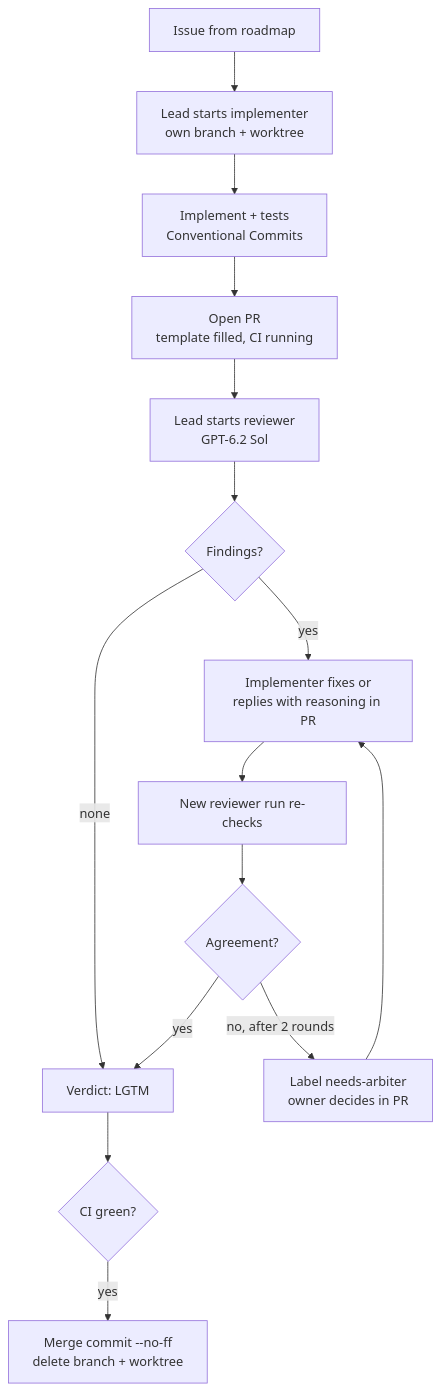
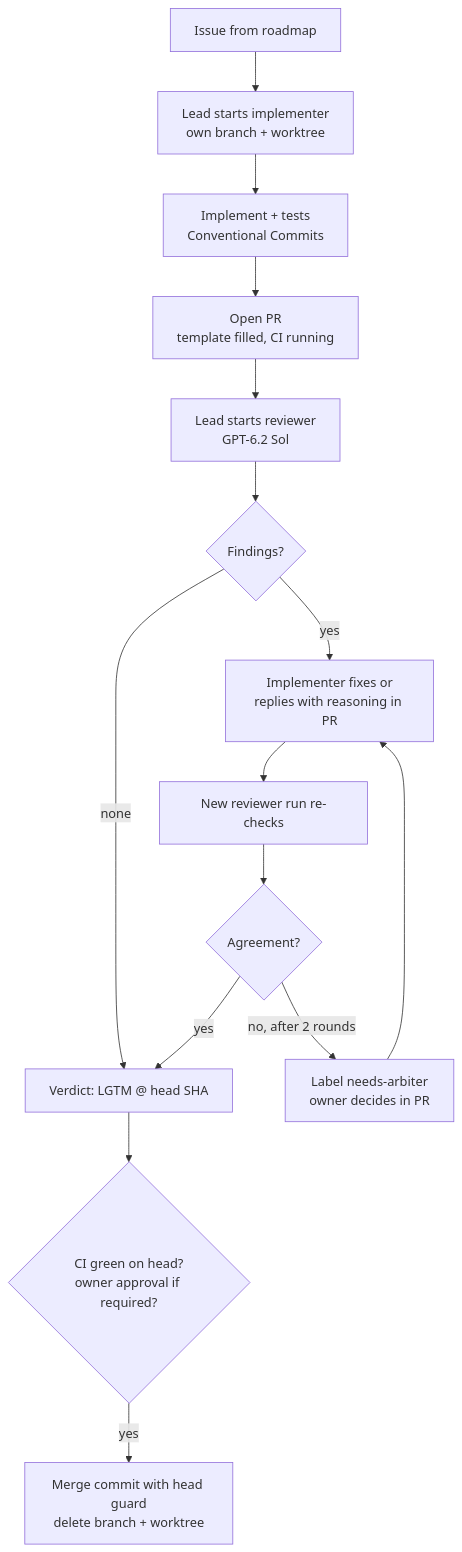
Before and after one commit to soeenplop/enduva: the diagram in docs/plan/05-workflow.md, drawn with Mermaid. The commit also changed other lines of this file, not shown here.

First line of the commit message:
docs(plan): bind review verdicts and merges to the head commit

````diff
--- a/docs/plan/05-workflow.md
+++ b/docs/plan/05-workflow.md
@@ -15,17 +15,17 @@
 ```mermaid
 flowchart TD
   I[Issue from roadmap] --> B[Lead starts implementer<br/>own branch + worktree]
   B --> C[Implement + tests<br/>Conventional Commits]
   C --> P[Open PR<br/>template filled, CI running]
   P --> R[Lead starts reviewer<br/>GPT-6.2 Sol]
   R --> F{Findings?}
-  F -- none --> M[Verdict: LGTM]
+  F -- none --> M[Verdict: LGTM @ head SHA]
   F -- yes --> D[Implementer fixes or<br/>replies with reasoning in PR]
   D --> R2[New reviewer run re-checks]
   R2 --> A{Agreement?}
   A -- yes --> M
   A -- "no, after 2 rounds" --> O[Label needs-arbiter<br/>owner decides in PR]
   O --> D
-  M --> G{CI green?}
-  G -- yes --> MERGE[Merge commit --no-ff<br/>delete branch + worktree]
+  M --> G{CI green on head?<br/>owner approval if required?}
+  G -- yes --> MERGE[Merge commit with head guard<br/>delete branch + worktree]
 ```
````
